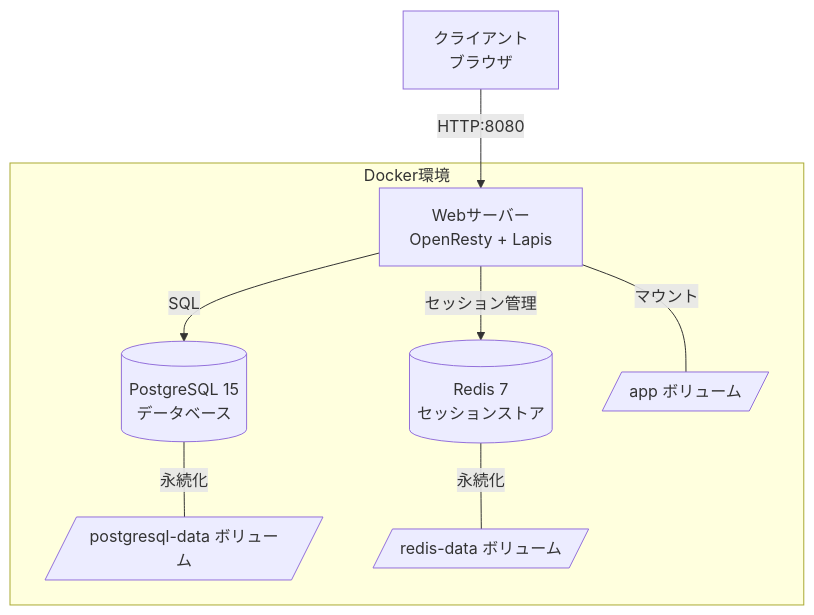
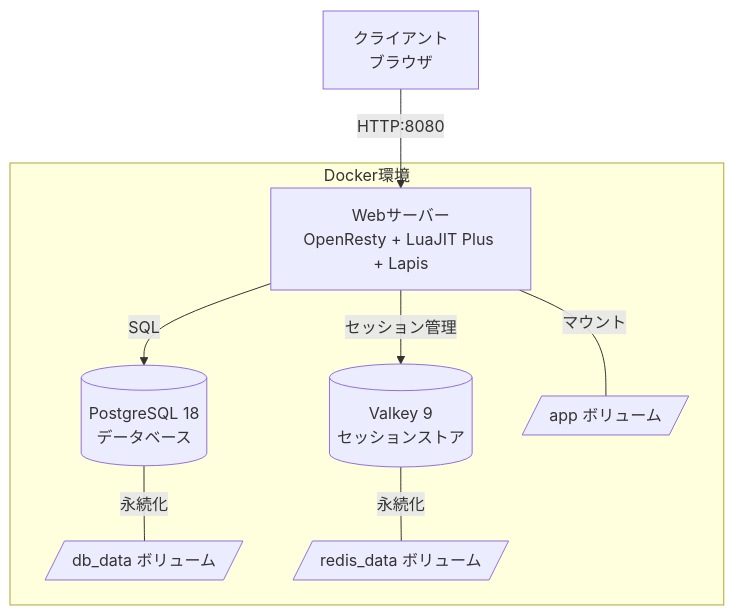
Before and after one commit to hawkie275/LuaAIDiary: the diagram in ARCHITECTURE.md, drawn with Mermaid. The commit also changed other lines of this file and 4 other files, not shown here.

First line of the commit message:
Build OpenResty with LuaJIT Plus (#67)

````diff
--- a/ARCHITECTURE.md
+++ b/ARCHITECTURE.md
@@ -9,19 +9,19 @@
 ```mermaid
 graph TB
     Client[クライアント<br/>ブラウザ]
     subgraph Docker環境
-        Web[Webサーバー<br/>OpenResty + Lapis]
-        DB[(PostgreSQL 15<br/>データベース)]
-        Redis[(Redis 7<br/>セッションストア)]
+        Web[Webサーバー<br/>OpenResty + LuaJIT Plus + Lapis]
+        DB[(PostgreSQL 18<br/>データベース)]
+        Valkey[(Valkey 9<br/>セッションストア)]
         WebVol[/app ボリューム/]
-        DBVol[/postgresql-data ボリューム/]
-        RedisVol[/redis-data ボリューム/]
+        DBVol[/db_data ボリューム/]
+        ValkeyVol[/redis_data ボリューム/]
     end
 
     Client -->|HTTP:8080| Web
     Web -->|SQL| DB
-    Web -->|セッション管理| Redis
+    Web -->|セッション管理| Valkey
     Web ---|マウント| WebVol
     DB ---|永続化| DBVol
-    Redis ---|永続化| RedisVol
+    Valkey ---|永続化| ValkeyVol
 ```
````
